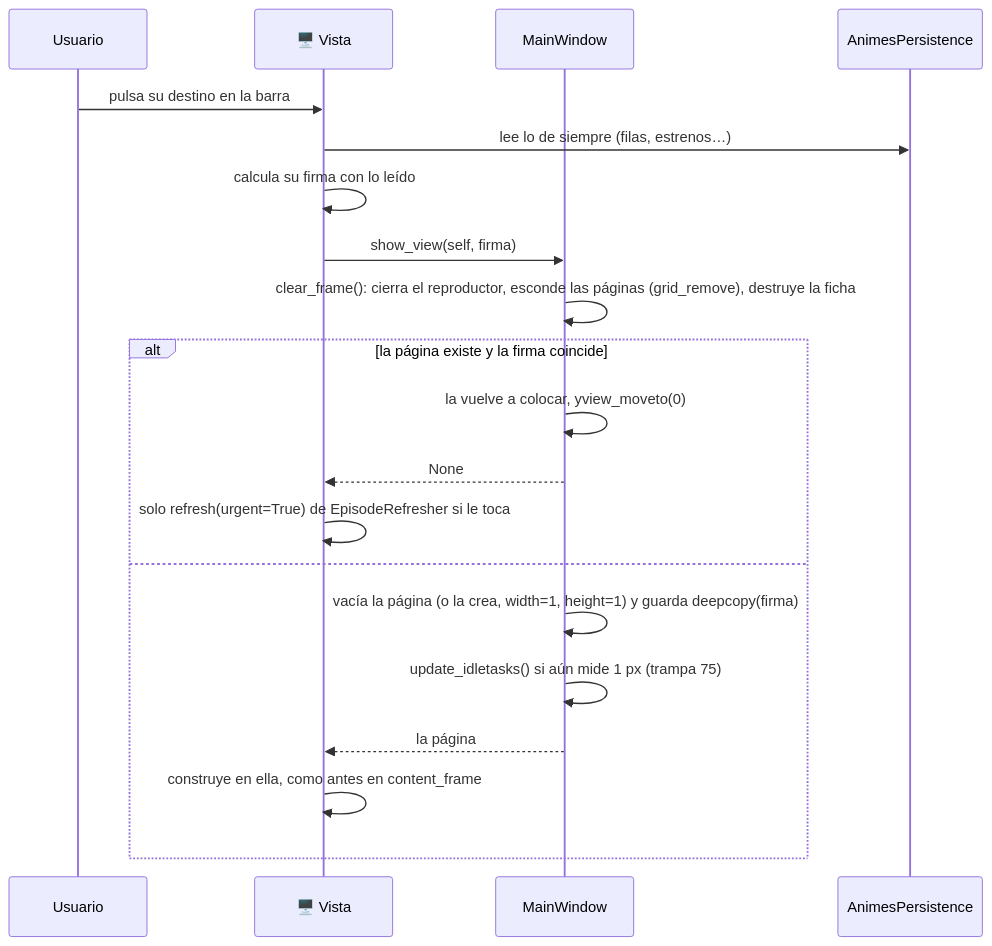
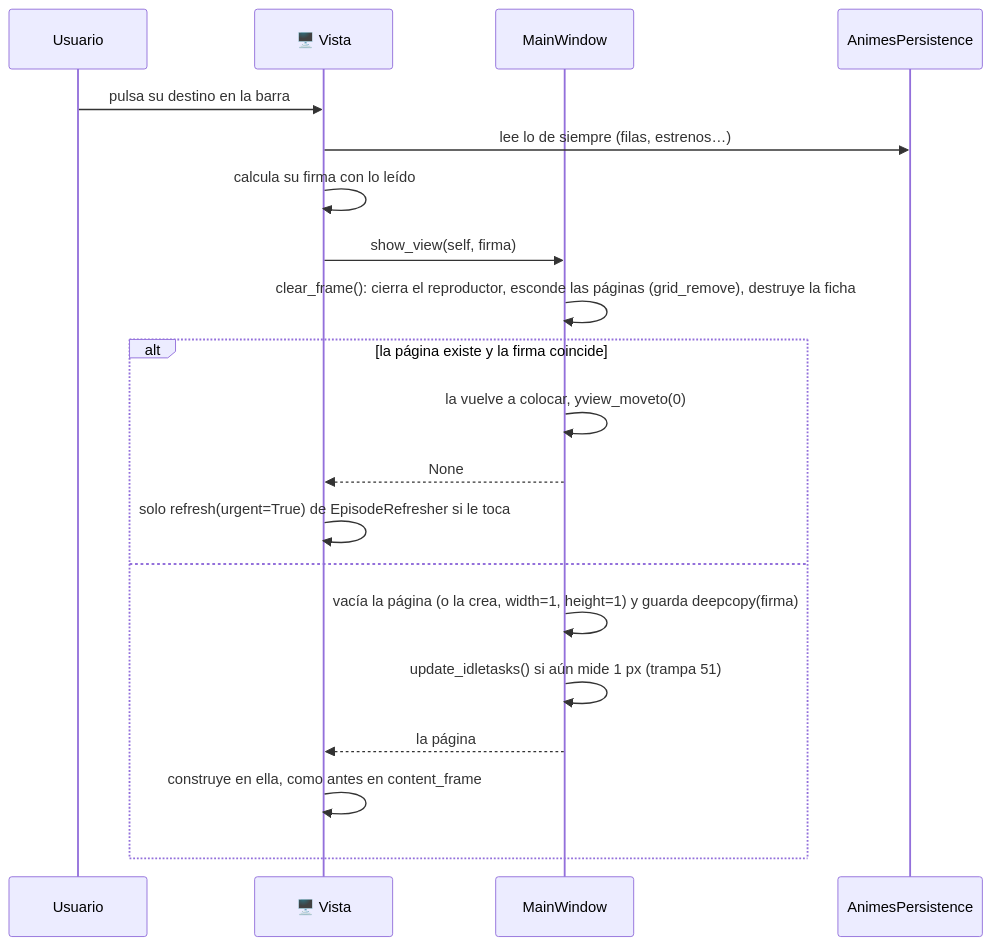
One commit to DavidEscri/BibliotecaAnime changed diagram 20 of 20 in .claude/docs/03-flujos-de-ejecucion.md. Above: the diagram before and after it, drawn with Mermaid. The commit also changed other lines of this file and 15 other files, not shown here.

````diff
--- a/.claude/docs/03-flujos-de-ejecucion.md
+++ b/.claude/docs/03-flujos-de-ejecucion.md
@@ -1152,23 +1157,23 @@
 ```mermaid
 sequenceDiagram
     participant U as Usuario
     participant V as 🖥️ Vista
     participant MW as MainWindow
     participant P as AnimesPersistence
 
     U->>V: pulsa su destino en la barra
     V->>P: lee lo de siempre (filas, estrenos…)
     V->>V: calcula su firma con lo leído
     V->>MW: show_view(self, firma)
     MW->>MW: clear_frame(): cierra el reproductor, esconde las páginas (grid_remove), destruye la ficha
     alt la página existe y la firma coincide
         MW->>MW: la vuelve a colocar, yview_moveto(0)
         MW-->>V: None
         V->>V: solo refresh(urgent=True) de EpisodeRefresher si le toca
     else
         MW->>MW: vacía la página (o la crea, width=1, height=1) y guarda deepcopy(firma)
-        MW->>MW: update_idletasks() si aún mide 1 px (trampa 75)
+        MW->>MW: update_idletasks() si aún mide 1 px (trampa 51)
         MW-->>V: la página
         V->>V: construye en ella, como antes en content_frame
     end
 ```
````
